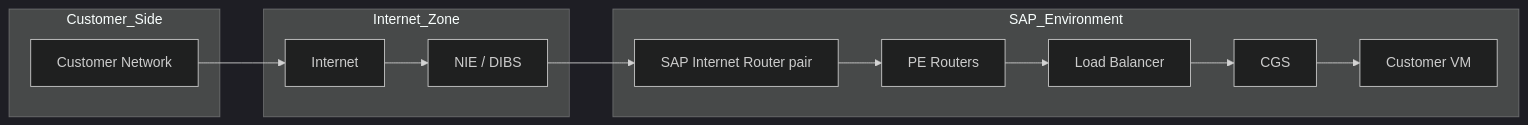
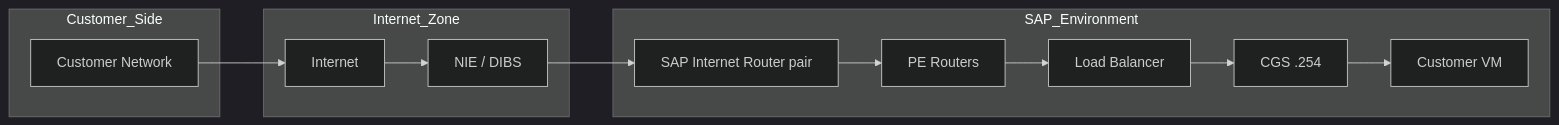
The diagram in Flow.md (jeetroy1992/JEET), drawn with Mermaid (dark theme) before and after one commit. The commit also changed other lines of this file, not shown here.

````diff
--- a/Flow.md
+++ b/Flow.md
@@ -1,19 +1,19 @@
 ```mermaid
 flowchart LR
    subgraph Customer_Side
        A[Customer Network]
    end
    subgraph Internet_Zone
        B[Internet]
        C[NIE / DIBS]
    end
    subgraph SAP_Environment
        D[SAP Internet Router pair]
        E[PE Routers]
        F[Load Balancer]
-       G[CGS]
+       G[CGS .254]
        H[Customer VM]
    end
    A --> B --> C --> D --> E --> F --> G --> H
 
 ```
````
